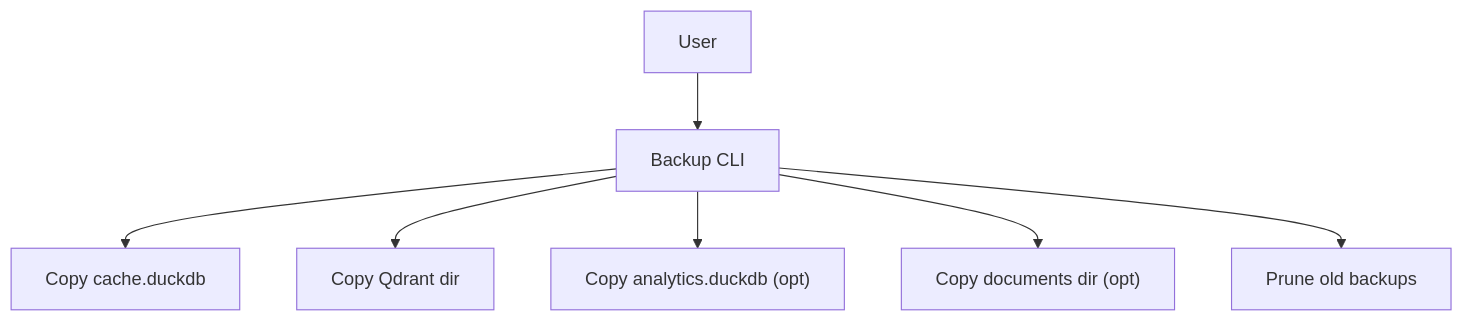
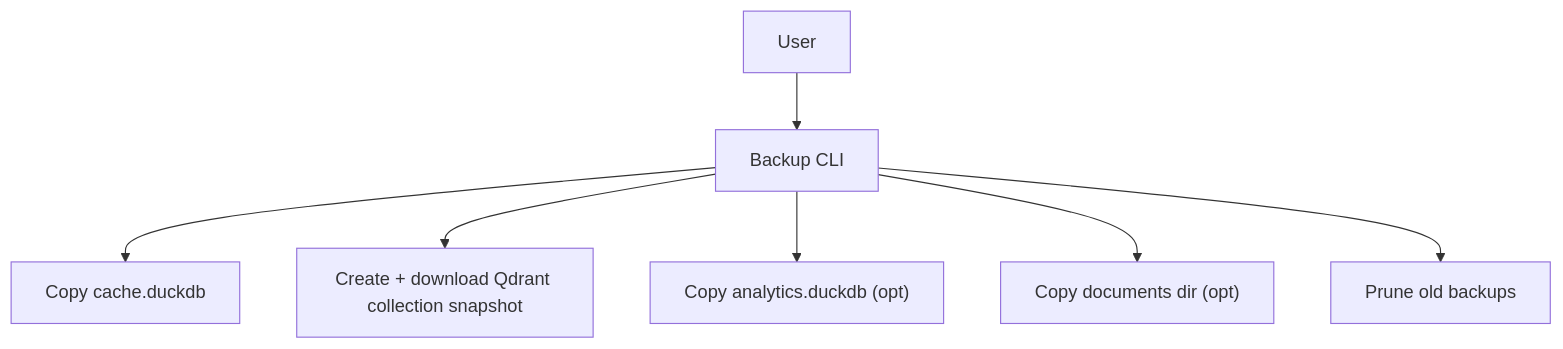
One commit to BjornMelin/docmind-ai-llm changed the diagram in docs/developers/adrs/ADR-033-local-backup-and-retention.md. Above: the diagram before and after it, drawn with Mermaid. The commit also changed other lines of this file and 27 other files, not shown here.

````diff
--- a/docs/developers/adrs/ADR-033-local-backup-and-retention.md
+++ b/docs/developers/adrs/ADR-033-local-backup-and-retention.md
@@ -60,9 +60,9 @@
 ```mermaid
 graph TD
   A["User"] --> B["Backup CLI"]
   B --> C["Copy cache.duckdb"]
-  B --> D["Copy Qdrant dir"]
+  B --> D["Create + download Qdrant collection snapshot"]
   B --> E["Copy analytics.duckdb (opt)"]
   B --> F["Copy documents dir (opt)"]
   B --> G["Prune old backups"]
 ```
````
